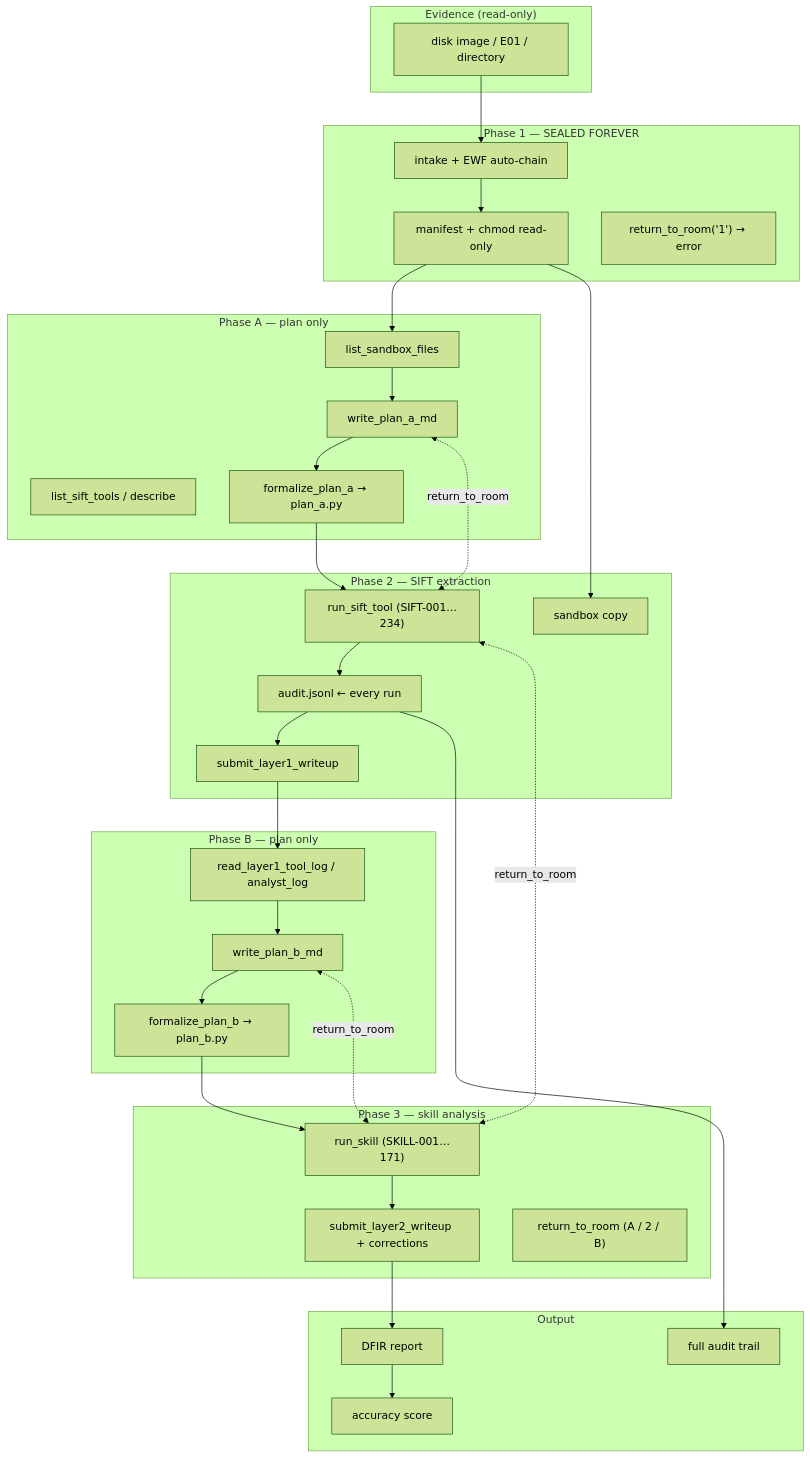
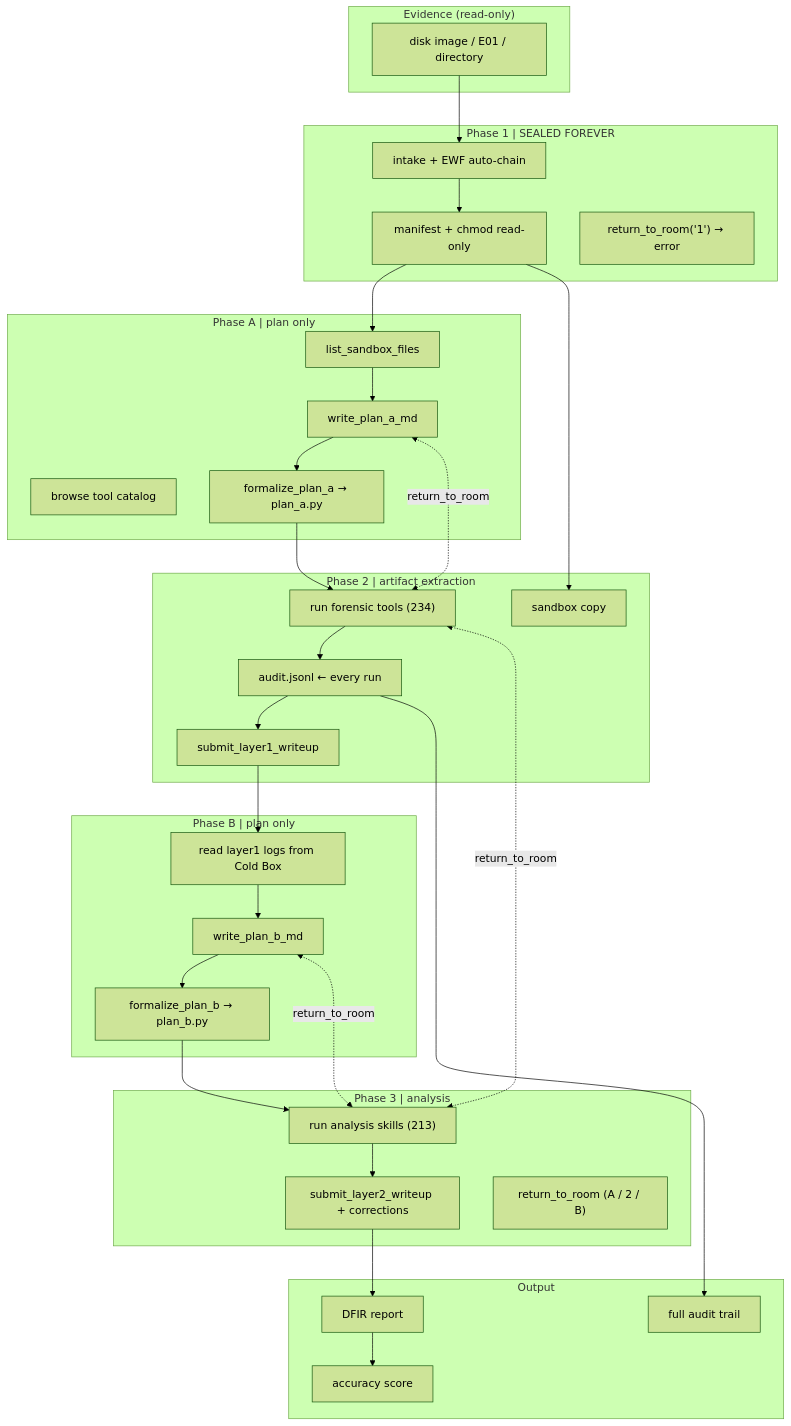
Before and after one commit to at-src/cold-box: the second of 2 diagrams in README.md, drawn with Mermaid (forest theme). The commit also changed other lines of this file and 1 other file, not shown here.

````diff
--- a/README.md
+++ b/README.md
@@ -109,55 +49,55 @@
 ```mermaid
 flowchart TB
   subgraph evidence["Evidence (read-only)"]
     E01["disk image / E01 / directory"]
   end
 
-  subgraph phase1["Phase 1 — SEALED FOREVER"]
+  subgraph phase1["Phase 1 | SEALED FOREVER"]
     INT["intake + EWF auto-chain"]
     SEAL["manifest + chmod read-only"]
     LOCK["return_to_room('1') → error"]
   end
 
-  subgraph phaseA["Phase A — plan only"]
+  subgraph phaseA["Phase A | plan only"]
     LSF["list_sandbox_files"]
-    LST["list_sift_tools / describe"]
+    LST["browse tool catalog"]
     WPA["write_plan_a_md"]
     FPA["formalize_plan_a → plan_a.py"]
   end
 
-  subgraph phase2["Phase 2 — SIFT extraction"]
+  subgraph phase2["Phase 2 | artifact extraction"]
     SBX["sandbox copy"]
-    RST["run_sift_tool (SIFT-001…234)"]
+    RST["run forensic tools (234)"]
     AUD["audit.jsonl ← every run"]
     SL1["submit_layer1_writeup"]
   end
 
-  subgraph phaseB["Phase B — plan only"]
-    RL1["read_layer1_tool_log / analyst_log"]
+  subgraph phaseB["Phase B | plan only"]
+    RL1["read layer1 logs from Cold Box"]
     WPB["write_plan_b_md"]
     FPB["formalize_plan_b → plan_b.py"]
   end
 
-  subgraph phase3["Phase 3 — skill analysis"]
-    RSK["run_skill (SKILL-001…171)"]
+  subgraph phase3["Phase 3 | analysis"]
+    RSK["run analysis skills (213)"]
     SL2["submit_layer2_writeup + corrections"]
     RTR["return_to_room (A / 2 / B)"]
   end
 
   subgraph out["Output"]
     REP["DFIR report"]
     ACC["accuracy score"]
     TRAIL["full audit trail"]
   end
 
   E01 --> INT --> SEAL --> LSF
   SEAL --> SBX
   LSF --> WPA --> FPA --> RST
   RST --> AUD --> SL1 --> RL1
   RL1 --> WPB --> FPB --> RSK
   RSK --> SL2 --> REP --> ACC
   RST <-.->|return_to_room| WPA
   RSK <-.->|return_to_room| RST
   RSK <-.->|return_to_room| WPB
   AUD --> TRAIL
 ```
````
